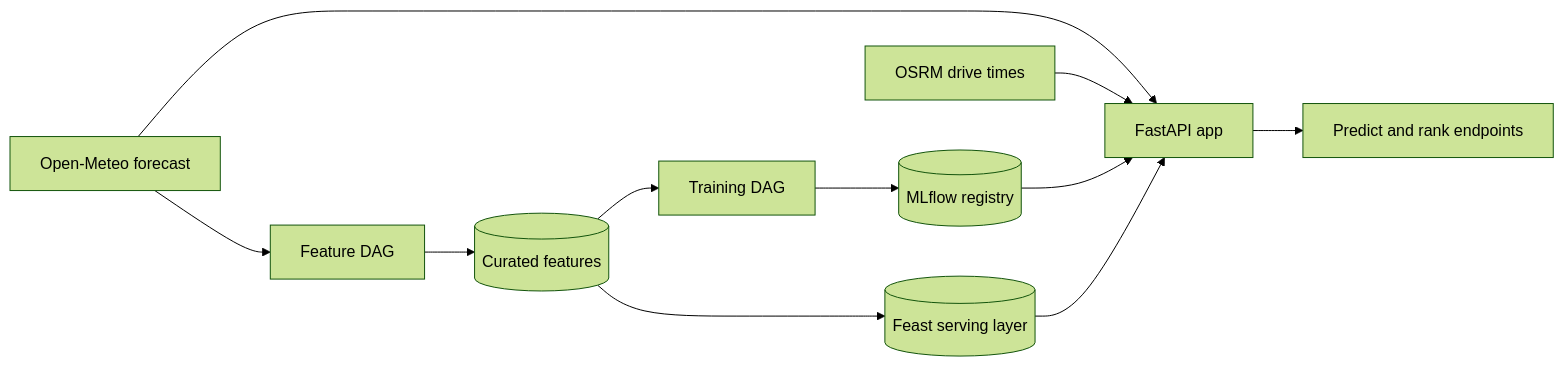
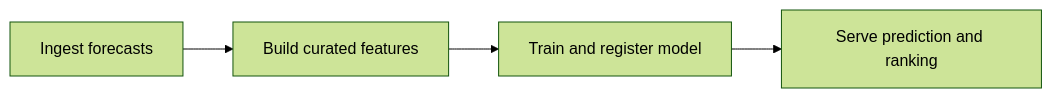
Before and after one commit to javihslu/foehncast: the second of 2 diagrams in docs/site/index.md, drawn with Mermaid (forest theme). The commit also changed other lines of this file and 22 other files, not shown here.

Commit message:
docs(site): simplify Mermaid diagrams

```diff
--- a/docs/site/index.md
+++ b/docs/site/index.md
@@ -36,15 +38,4 @@
 <div class="mermaid">
 flowchart LR
-    OME[Open-Meteo forecast] --> FEAT[Feature DAG]
-    FEAT --> PAR[(Curated features)]
-    PAR --> TRAIN[Training DAG]
-    TRAIN --> MLF[(MLflow registry)]
-
-    OME --> APP[FastAPI app]
-    OSRM[OSRM drive times] --> APP
-    MLF --> APP
-    APP --> API[Predict and rank endpoints]
-
-    PAR --> FEAST[(Feast serving layer)]
-    FEAST --> APP
+    INGEST[Ingest forecasts] --> FEATURES[Build curated features] --> TRAIN[Train and register model] --> SERVE[Serve prediction and ranking]
 </div>
```
